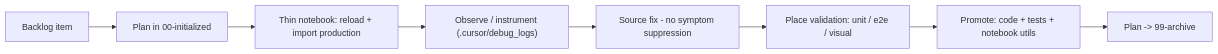
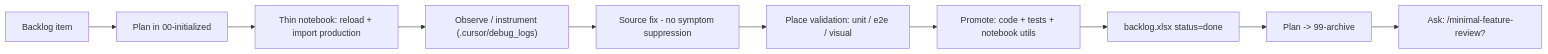
The diagram in .cursor/skills/minimal-feature-cycle/SKILL.md (cgriede/autonomous-satellite-control-eth-sem-proj), drawn with Mermaid before and after one commit. The commit also changed other lines of this file and 136 other files, not shown here.

````diff
--- a/.cursor/skills/minimal-feature-cycle/SKILL.md
+++ b/.cursor/skills/minimal-feature-cycle/SKILL.md
@@ -80,10 +82,12 @@
 ```mermaid
 flowchart LR
   backlog[Backlog item] --> plan["Plan in 00-initialized"]
   plan --> notebook["Thin notebook: reload + import production"]
   notebook --> instrument["Observe / instrument (.cursor/debug_logs)"]
   instrument --> fix[Source fix - no symptom suppression]
   fix --> gates[Place validation: unit / e2e / visual]
   gates --> promote[Promote: code + tests + notebook utils]
-  promote --> archive["Plan -> 99-archive"]
+  promote --> backlogDone["backlog.xlsx status=done"]
+  backlogDone --> archive["Plan -> 99-archive"]
+  archive --> askReview["Ask: /minimal-feature-review?"]
 ```
````
